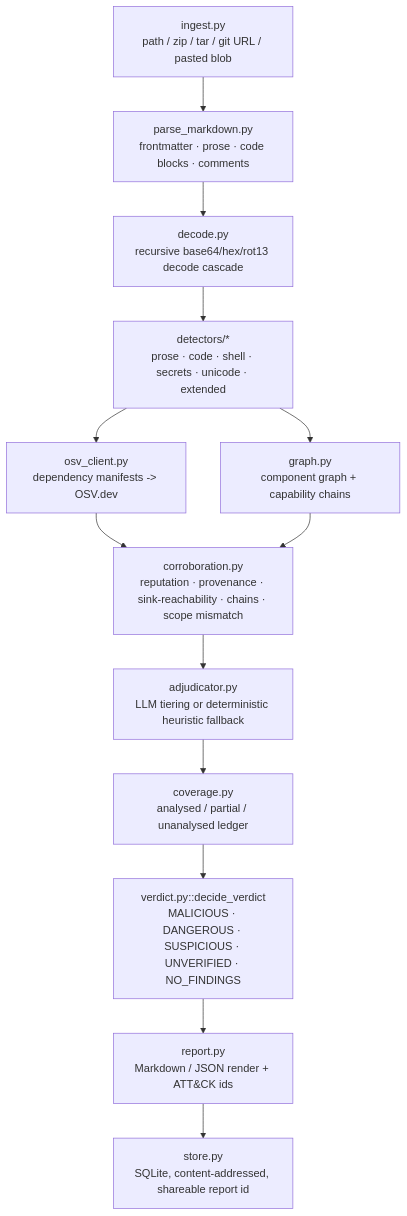
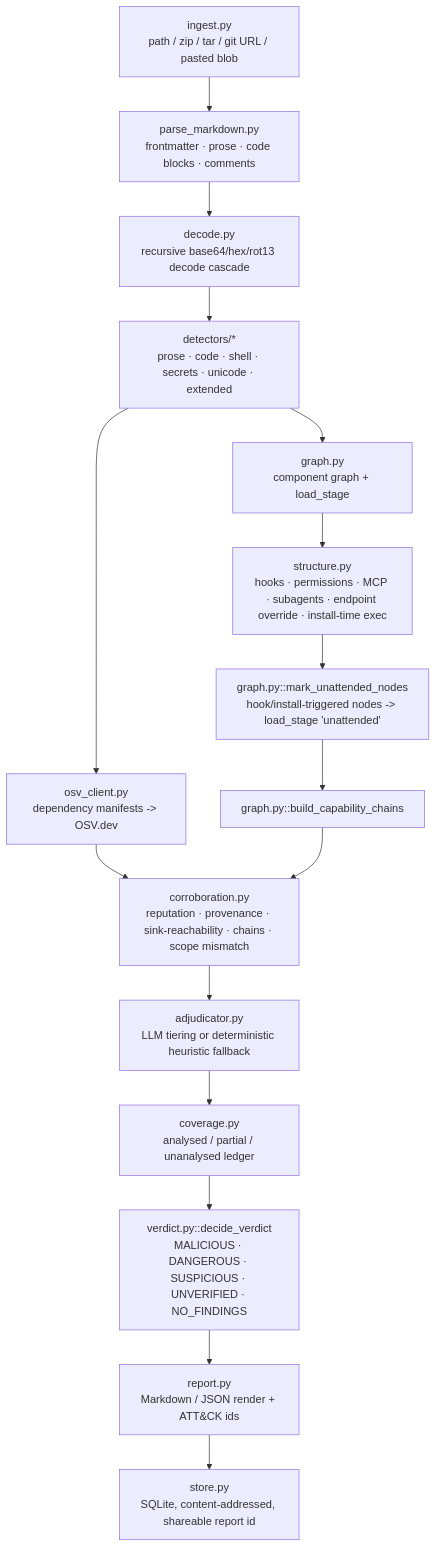
The first of 2 diagrams in docs/architecture.md (SIDDHANTCOOKIE/SkillCheck), drawn with Mermaid before and after one commit. The commit also changed other lines of this file and 51 other files, not shown here.

````diff
--- a/docs/architecture.md
+++ b/docs/architecture.md
@@ -16,15 +20,18 @@
 ```mermaid
 flowchart TD
     A[ingest.py<br/>path / zip / tar / git URL / pasted blob] --> B[parse_markdown.py<br/>frontmatter · prose · code blocks · comments]
     B --> C[decode.py<br/>recursive base64/hex/rot13 decode cascade]
     C --> D["detectors/*<br/>prose · code · shell · secrets · unicode · extended"]
     D --> E[osv_client.py<br/>dependency manifests -> OSV.dev]
-    D --> F[graph.py<br/>component graph + capability chains]
+    D --> F[graph.py<br/>component graph + load_stage]
+    F --> S[structure.py<br/>hooks · permissions · MCP · subagents · endpoint override · install-time exec]
+    S --> U["graph.py::mark_unattended_nodes<br/>hook/install-triggered nodes -> load_stage 'unattended'"]
+    U --> CH[graph.py::build_capability_chains]
     E --> G[corroboration.py<br/>reputation · provenance · sink-reachability · chains · scope mismatch]
-    F --> G
+    CH --> G
     G --> H[adjudicator.py<br/>LLM tiering or deterministic heuristic fallback]
     H --> I[coverage.py<br/>analysed / partial / unanalysed ledger]
     I --> J[verdict.py::decide_verdict<br/>MALICIOUS · DANGEROUS · SUSPICIOUS · UNVERIFIED · NO_FINDINGS]
     J --> K[report.py<br/>Markdown / JSON render + ATT&CK ids]
     K --> L[store.py<br/>SQLite, content-addressed, shareable report id]
 ```
````
